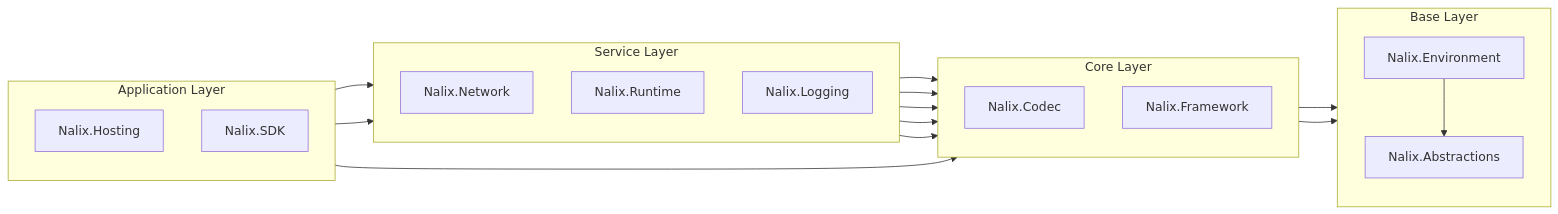
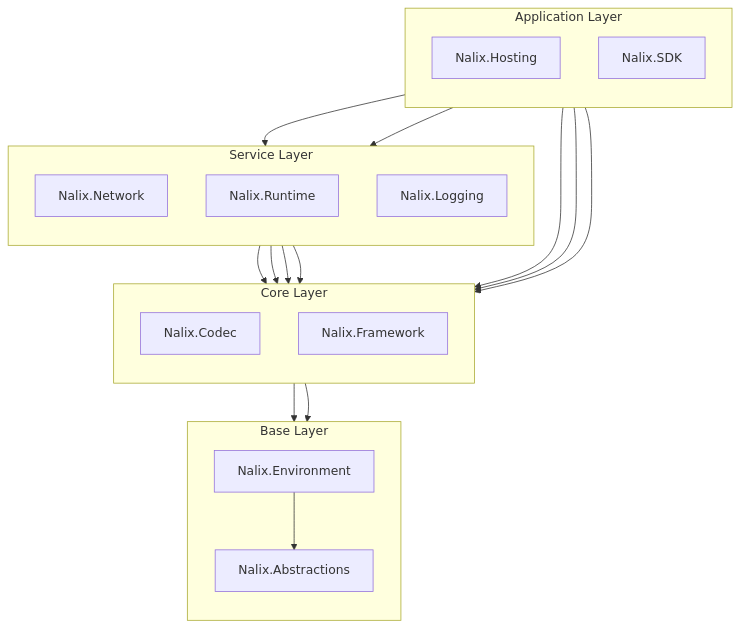
The second of 3 diagrams in docs/concepts/fundamentals/architecture.md (ppn-systems/Nalix), drawn with Mermaid before and after one commit. The commit also changed other lines of this file and 69 other files, not shown here.

````diff
--- a/docs/concepts/fundamentals/architecture.md
+++ b/docs/concepts/fundamentals/architecture.md
@@ -25,41 +25,43 @@
 ```mermaid
-flowchart LR
+flowchart TD
     subgraph App ["Application Layer"]
         direction TB
         Hosting["Nalix.Hosting"]
         SDK["Nalix.SDK"]
     end
 
     subgraph Svc ["Service Layer"]
         direction TB
         Network["Nalix.Network"]
         Runtime["Nalix.Runtime"]
         Logging["Nalix.Logging"]
     end
 
     subgraph Core ["Core Layer"]
         direction TB
         Codec["Nalix.Codec"]
         Framework["Nalix.Framework"]
     end
 
     subgraph Base ["Base Layer"]
         direction TB
         Env["Nalix.Environment"]
-        Common["Nalix.Abstractions"]
+        Abstractions["Nalix.Abstractions"]
     end
 
     Hosting --> Network
     Hosting --> Runtime
+    Hosting --> Framework
+    Hosting --> Codec
+    
     SDK --> Codec
 
-    Network --> Codec
     Network --> Framework
     Runtime --> Codec
     Runtime --> Framework
     Logging --> Framework
 
     Codec --> Env
     Framework --> Env
-    Env --> Common
+    Env --> Abstractions
 ```
````
